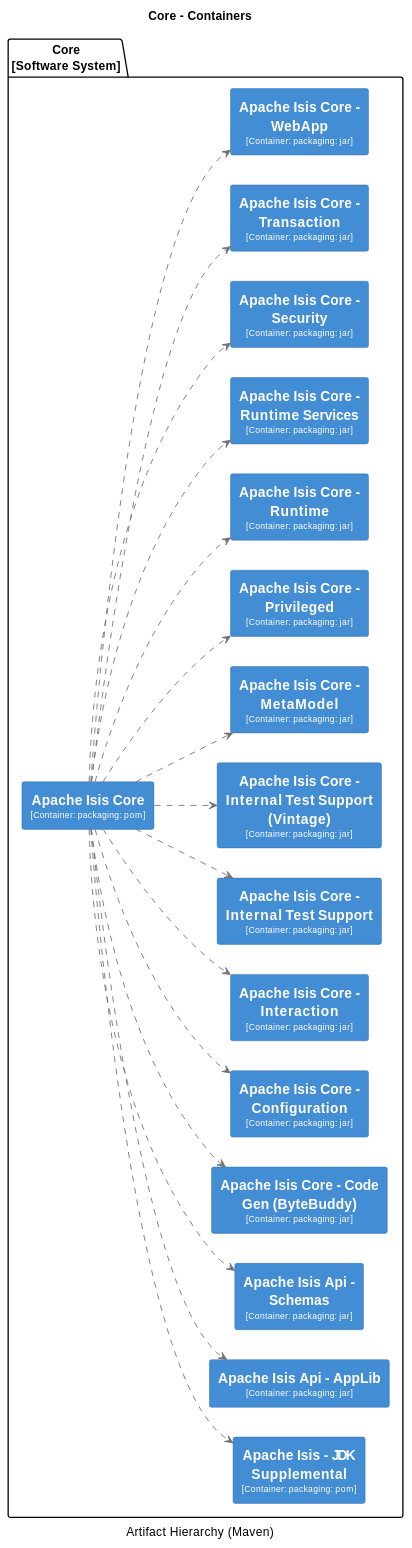
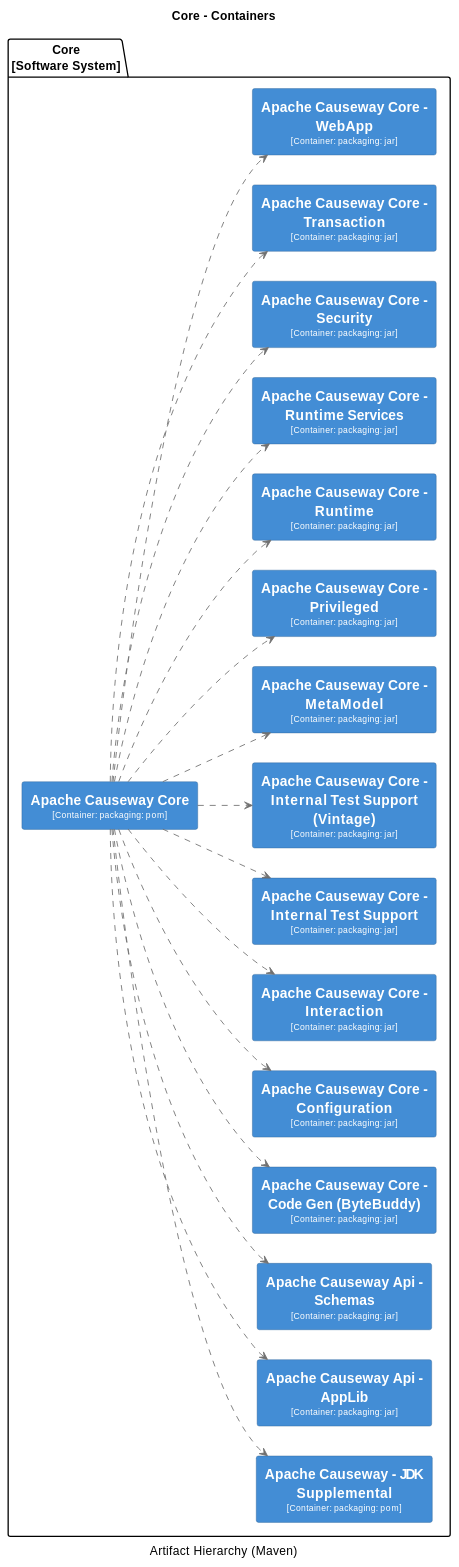
One commit to apache/causeway changed the seventh of 32 diagrams in core/adoc/modules/_overview/pages/about.adoc. Above: the diagram before and after it, drawn with PlantUML. The commit also changed other lines of this file and 398 other files, not shown here.

```diff
--- a/core/adoc/modules/_overview/pages/about.adoc
+++ b/core/adoc/modules/_overview/pages/about.adoc
@@ -1411,22 +1411,22 @@
   BorderColor #2E6295
 }
 package "Core\n[Software System]" {
-  rectangle "==Apache Isis - JDK Supplemental\n<size:10>[Container: packaging: pom]</size>" <<16>> as 16
-  rectangle "==Apache Isis Api - AppLib\n<size:10>[Container: packaging: jar]</size>" <<3>> as 3
-  rectangle "==Apache Isis Api - Schemas\n<size:10>[Container: packaging: jar]</size>" <<17>> as 17
-  rectangle "==Apache Isis Core\n<size:10>[Container: packaging: pom]</size>" <<2>> as 2
-  rectangle "==Apache Isis Core - Code Gen (ByteBuddy)\n<size:10>[Container: packaging: jar]</size>" <<4>> as 4
-  rectangle "==Apache Isis Core - Configuration\n<size:10>[Container: packaging: jar]</size>" <<5>> as 5
-  rectangle "==Apache Isis Core - Interaction\n<size:10>[Container: packaging: jar]</size>" <<6>> as 6
-  rectangle "==Apache Isis Core - Internal Test Support\n<size:10>[Container: packaging: jar]</size>" <<7>> as 7
-  rectangle "==Apache Isis Core - Internal Test Support (Vintage)\n<size:10>[Container: packaging: jar]</size>" <<8>> as 8
-  rectangle "==Apache Isis Core - MetaModel\n<size:10>[Container: packaging: jar]</size>" <<9>> as 9
-  rectangle "==Apache Isis Core - Privileged\n<size:10>[Container: packaging: jar]</size>" <<10>> as 10
-  rectangle "==Apache Isis Core - Runtime\n<size:10>[Container: packaging: jar]</size>" <<11>> as 11
-  rectangle "==Apache Isis Core - Runtime Services\n<size:10>[Container: packaging: jar]</size>" <<12>> as 12
-  rectangle "==Apache Isis Core - Security\n<size:10>[Container: packaging: jar]</size>" <<13>> as 13
-  rectangle "==Apache Isis Core - Transaction\n<size:10>[Container: packaging: jar]</size>" <<14>> as 14
-  rectangle "==Apache Isis Core - WebApp\n<size:10>[Container: packaging: jar]</size>" <<15>> as 15
+  rectangle "==Apache Causeway - JDK Supplemental\n<size:10>[Container: packaging: pom]</size>" <<16>> as 16
+  rectangle "==Apache Causeway Api - AppLib\n<size:10>[Container: packaging: jar]</size>" <<3>> as 3
+  rectangle "==Apache Causeway Api - Schemas\n<size:10>[Container: packaging: jar]</size>" <<17>> as 17
+  rectangle "==Apache Causeway Core\n<size:10>[Container: packaging: pom]</size>" <<2>> as 2
+  rectangle "==Apache Causeway Core - Code Gen (ByteBuddy)\n<size:10>[Container: packaging: jar]</size>" <<4>> as 4
+  rectangle "==Apache Causeway Core - Configuration\n<size:10>[Container: packaging: jar]</size>" <<5>> as 5
+  rectangle "==Apache Causeway Core - Interaction\n<size:10>[Container: packaging: jar]</size>" <<6>> as 6
+  rectangle "==Apache Causeway Core - Internal Test Support\n<size:10>[Container: packaging: jar]</size>" <<7>> as 7
+  rectangle "==Apache Causeway Core - Internal Test Support (Vintage)\n<size:10>[Container: packaging: jar]</size>" <<8>> as 8
+  rectangle "==Apache Causeway Core - MetaModel\n<size:10>[Container: packaging: jar]</size>" <<9>> as 9
+  rectangle "==Apache Causeway Core - Privileged\n<size:10>[Container: packaging: jar]</size>" <<10>> as 10
+  rectangle "==Apache Causeway Core - Runtime\n<size:10>[Container: packaging: jar]</size>" <<11>> as 11
+  rectangle "==Apache Causeway Core - Runtime Services\n<size:10>[Container: packaging: jar]</size>" <<12>> as 12
+  rectangle "==Apache Causeway Core - Security\n<size:10>[Container: packaging: jar]</size>" <<13>> as 13
+  rectangle "==Apache Causeway Core - Transaction\n<size:10>[Container: packaging: jar]</size>" <<14>> as 14
+  rectangle "==Apache Causeway Core - WebApp\n<size:10>[Container: packaging: jar]</size>" <<15>> as 15
 }
 2 .[#707070].> 16 : ""
 2 .[#707070].> 3 : ""
```
